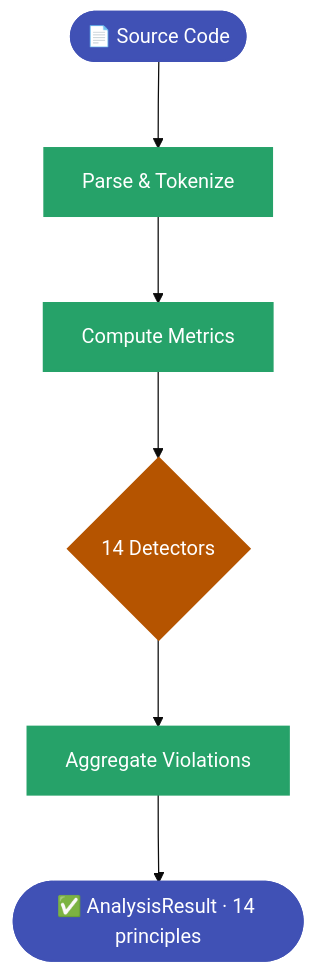
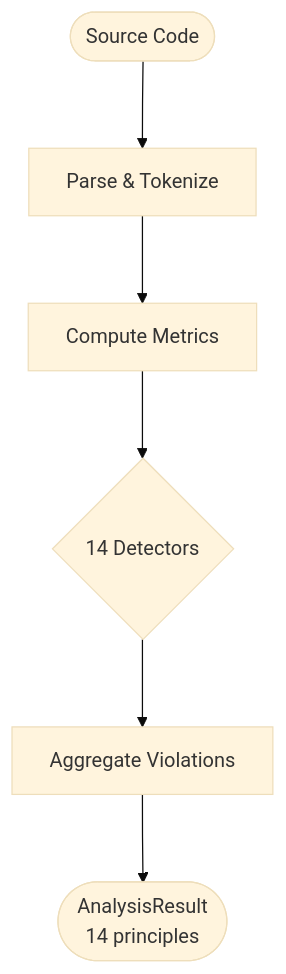
Before and after one commit to Anselmoo/mcp-zen-of-languages: the third of 4 diagrams in docs/user-guide/languages/bash.md, drawn with Mermaid. The commit also changed other lines of this file and 18 other files, not shown here.

````diff
--- a/docs/user-guide/languages/bash.md
+++ b/docs/user-guide/languages/bash.md
@@ -509,16 +447,9 @@
     ```mermaid
-%%{init: {"theme": "base", "flowchart": {"useMaxWidth": false, "htmlLabels": true, "nodeSpacing": 50, "rankSpacing": 70}}}%%
+    %%{init: {"theme": "base", "flowchart": {"useMaxWidth": false, "htmlLabels": true, "nodeSpacing": 50, "rankSpacing": 70}}}%%
     flowchart TD
-    Source(["📄 Source Code"]) --> Parse["Parse & Tokenize"]
+    Source(["Source Code"]) --> Parse["Parse & Tokenize"]
     Parse --> Metrics["Compute Metrics"]
     Metrics --> Pipeline{"14 Detectors"}
     Pipeline --> Collect["Aggregate Violations"]
-    Collect --> Result(["✅ AnalysisResult · 14 principles"])
-
-    classDef io fill:#4051b5,color:#ffffff,stroke:#4051b5,stroke-width:2px
-    classDef process fill:#26a269,color:#ffffff,stroke:#26a269,stroke-width:2px
-    classDef decision fill:#b55400,color:#ffffff,stroke:#b55400,stroke-width:2px
-    class Source,Result io
-    class Parse,Metrics,Collect process
-    class Pipeline decision
+    Collect --> Result(["AnalysisResult<br/>14 principles"])
     ```
````
